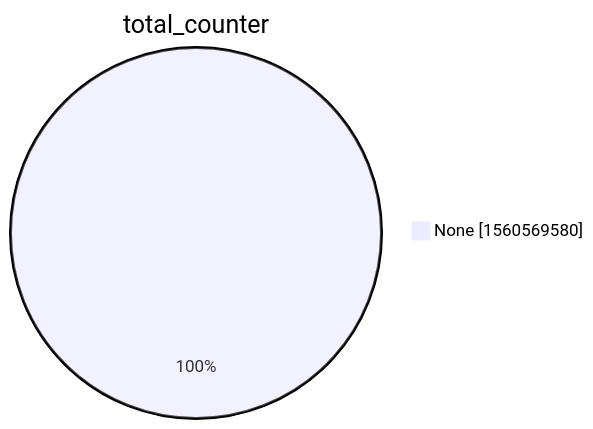
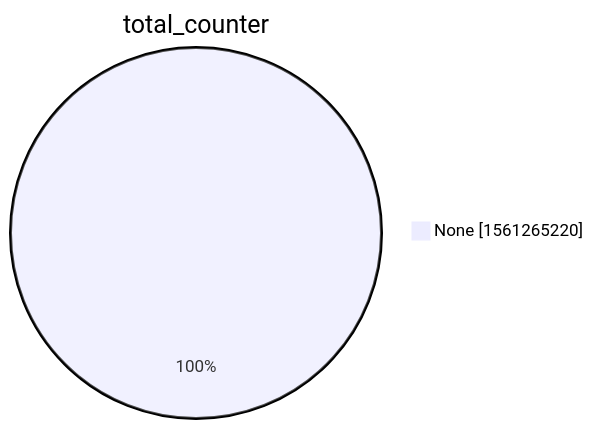
The second of 15 diagrams in xenon2022/README.md (christiankrug/ctmonitor_visualization), drawn with Mermaid before and after one commit. The commit also changed other lines of this file, not shown here.

````diff
--- a/xenon2022/README.md
+++ b/xenon2022/README.md
@@ -9,5 +9,5 @@
 ```mermaid
 pie showData
 title total_counter
-"None" :1560569580
+"None" :1561265220
 ```
````
